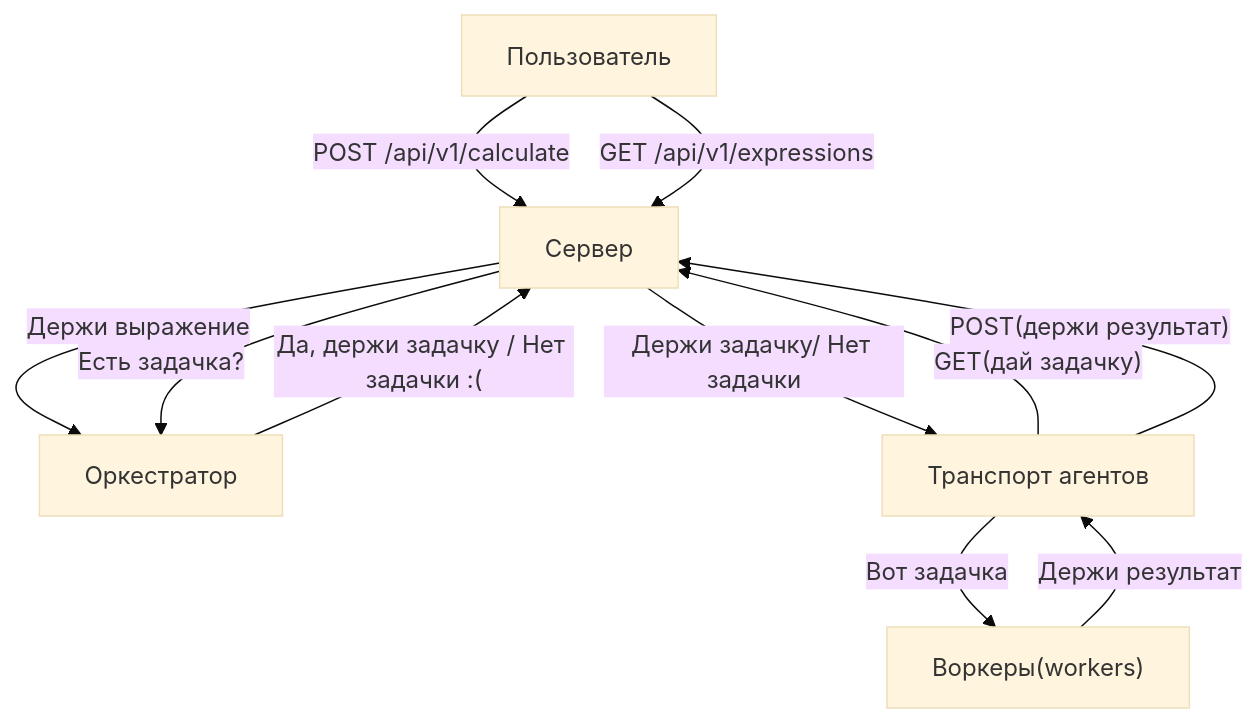
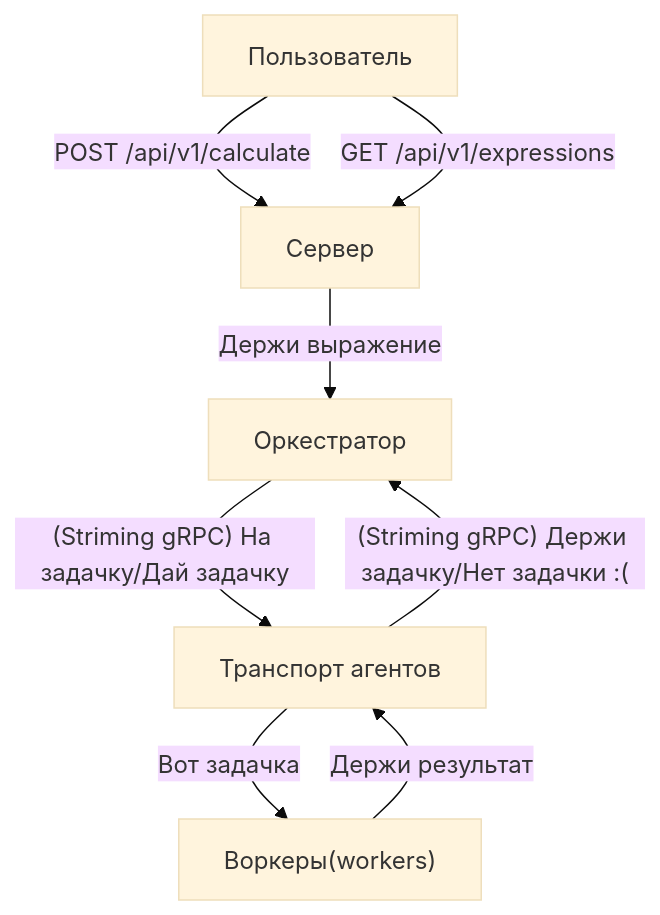
The diagram in README.md (Cool-Andrey/Calculating), drawn with Mermaid (base theme) before and after one commit. The commit also changed other lines of this file and 8 other files, not shown here.

````diff
--- a/README.md
+++ b/README.md
@@ -136,13 +115,10 @@
 ```mermaid
 graph TD
     U[Пользователь] -->|POST /api/v1/calculate| S[Сервер]
     U -->|GET /api/v1/expressions| S
     S -->|Держи выражение| O[Оркестратор]
-    S -->|Есть задачка?| O
-    O -->|"Да, держи задачку / Нет задачки :("| S
-    A["Транспорт агентов"] -->|"GET(дай задачку)"| S
-    S -->|Держи задачку/ Нет задачки| A
-    A -->|"POST(держи результат)"| S
+    A["Транспорт агентов"] -->|"(Striming gRPC) Держи задачку/Нет задачки :("| O
+    O -->|"(Striming gRPC) На задачку/Дай задачку"| A 
     W["Воркеры(workers)"] -->|"Держи результат"| A
     A -->|"Вот задачка"| W
 ```
````
